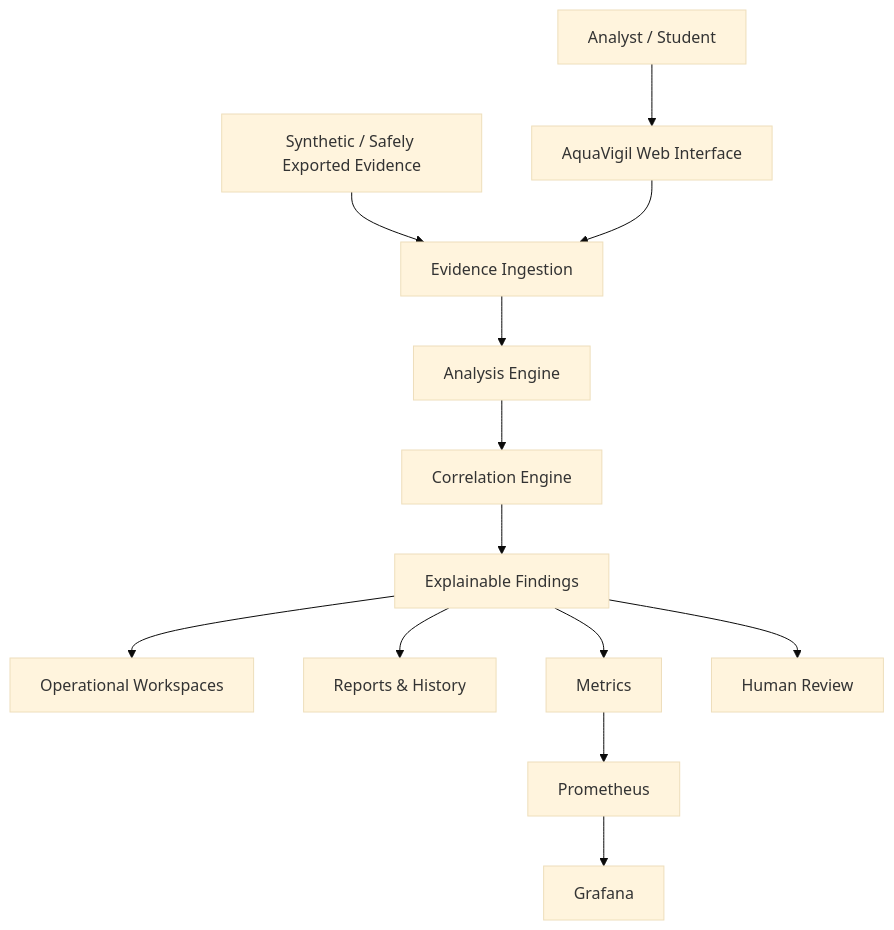
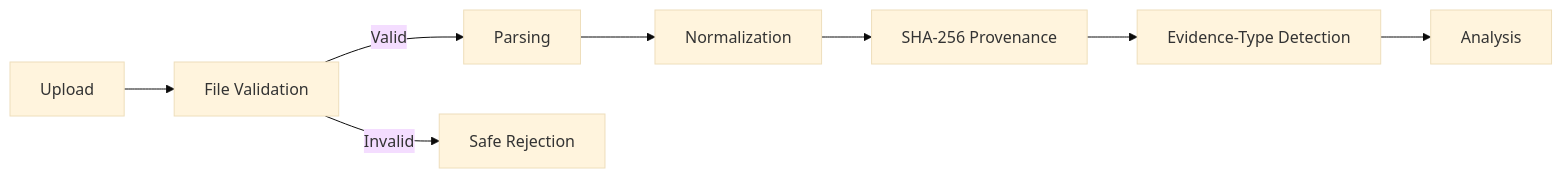
One commit to HaziqBinAfzal/AquaVigil changed the fourth of 10 diagrams in README.md. Above: the diagram before and after it, drawn with Mermaid (base theme). The commit also changed other lines of this file, not shown here.

````diff
--- a/README.md
+++ b/README.md
@@ -176,22 +267,10 @@
 ```mermaid
-flowchart TB
-    U["Analyst / Student"]
-    E["Synthetic / Safely Exported Evidence"]
-
-    U --> UI["AquaVigil Web Interface"]
-    E --> ING["Evidence Ingestion"]
-    UI --> ING
-
-    ING --> ANA["Analysis Engine"]
-    ANA --> COR["Correlation Engine"]
-    COR --> FIND["Explainable Findings"]
-
-    FIND --> W["Operational Workspaces"]
-    FIND --> R["Reports & History"]
-    FIND --> M["Metrics"]
-
-    M --> P["Prometheus"]
-    P --> G["Grafana"]
-
-    FIND --> H["Human Review"]
+flowchart LR
+    U["Upload"] --> V["File Validation"]
+    V -->|Valid| P["Parsing"]
+    V -->|Invalid| X["Safe Rejection"]
+    P --> N["Normalization"]
+    N --> H["SHA-256 Provenance"]
+    H --> T["Evidence-Type Detection"]
+    T --> A["Analysis"]
 ```
````
